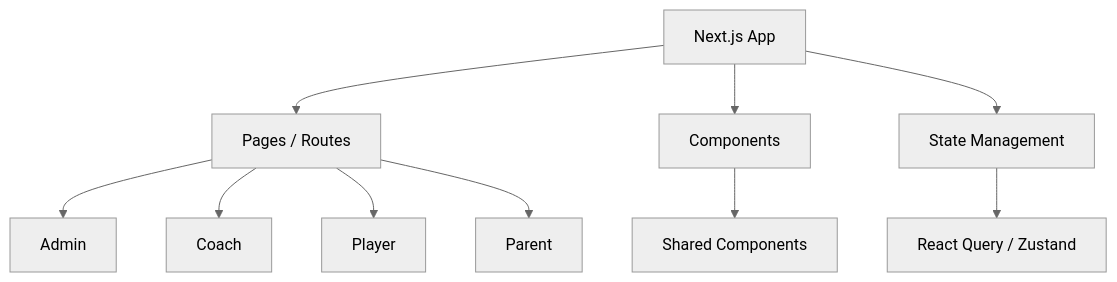
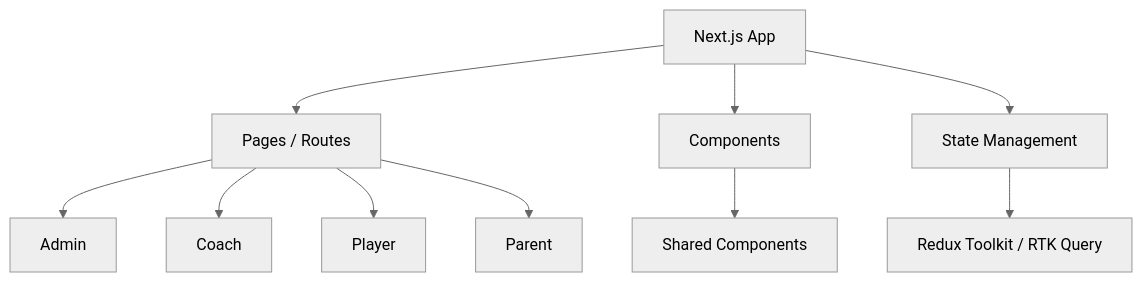
The second of 7 diagrams in README.md (Abduallh5Mohamed/goalix), drawn with Mermaid (neutral theme) before and after one commit. The commit also changed other lines of this file and 194 other files, not shown here.

````diff
--- a/README.md
+++ b/README.md
@@ -44,15 +44,15 @@
 ```mermaid
 graph TD
 A[Next.js App] --> B[Pages / Routes]
 A --> C[Components]
 A --> D[State Management]
 
 B --> E[Admin]
 B --> F[Coach]
 B --> G[Player]
 B --> H[Parent]
 
 C --> I[Shared Components]
 
-D --> J[React Query / Zustand]
+D --> J[Redux Toolkit / RTK Query]
 ```
````
